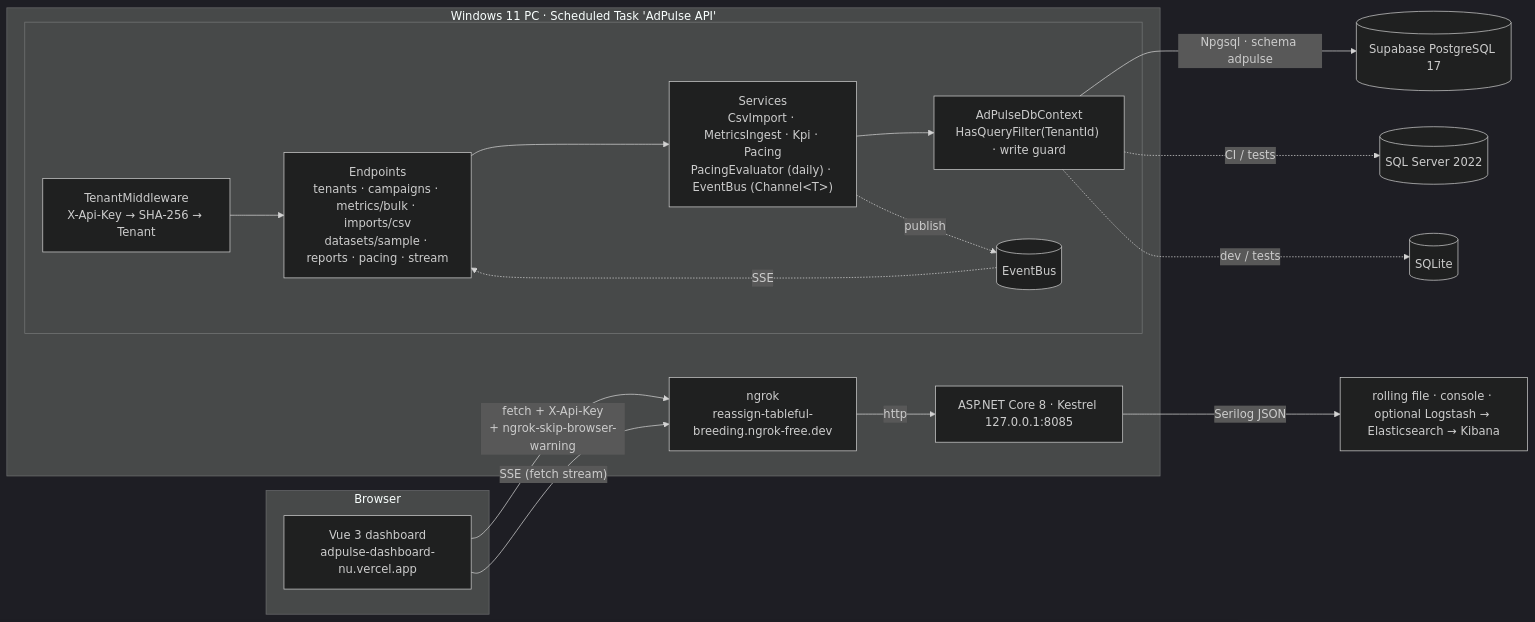
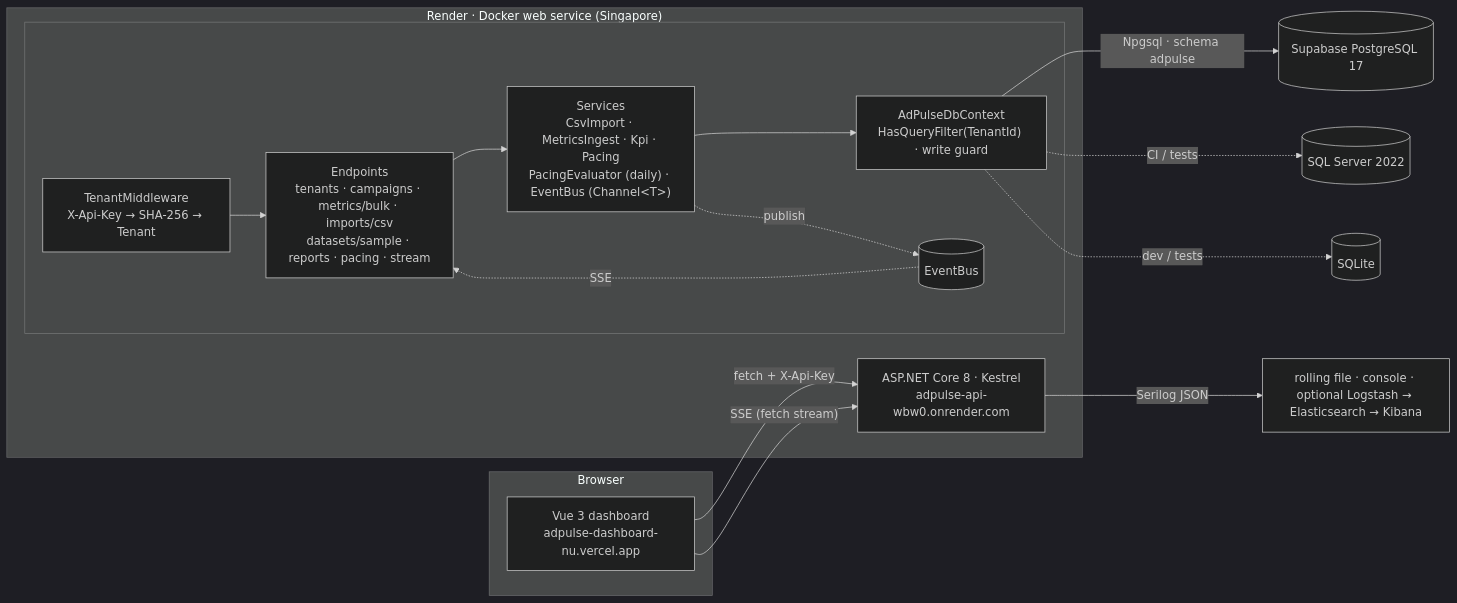
One commit to D-L-Narayana/adpulse changed the diagram in README.md. Above: the diagram before and after it, drawn with Mermaid (dark theme). The commit also changed other lines of this file and 13 other files, not shown here.

Commit message:
Host the API on Render (Docker, auto-deploy, health-checked) instead of a PC + ngrok; render.yaml blueprint, keep-alive workflow, README/web/API cleanup

````diff
--- a/README.md
+++ b/README.md
@@ -108,26 +108,24 @@
 ```mermaid
 flowchart LR
   subgraph Browser
     UI["Vue 3 dashboard<br/>adpulse-dashboard-nu.vercel.app"]
   end
-  subgraph PC["Windows 11 PC · Scheduled Task 'AdPulse API'"]
-    NG["ngrok<br/>reassign-tableful-breeding.ngrok-free.dev"]
-    API["ASP.NET Core 8 · Kestrel 127.0.0.1:8085"]
-    NG -->|http| API
+  subgraph RENDER["Render · Docker web service (Singapore)"]
+    API["ASP.NET Core 8 · Kestrel<br/>adpulse-api-wbw0.onrender.com"]
     subgraph API_in[" "]
       MW["TenantMiddleware<br/>X-Api-Key → SHA-256 → Tenant"]
       EP["Endpoints<br/>tenants · campaigns · metrics/bulk · imports/csv<br/>datasets/sample · reports · pacing · stream"]
       SV["Services<br/>CsvImport · MetricsIngest · Kpi · Pacing<br/>PacingEvaluator (daily) · EventBus (Channel&lt;T&gt;)"]
       DB["AdPulseDbContext<br/>HasQueryFilter(TenantId) · write guard"]
       MW --> EP --> SV --> DB
       SV -. publish .-> BUS[(EventBus)]
       BUS -. SSE .-> EP
     end
   end
-  UI -->|"fetch + X-Api-Key<br/>+ ngrok-skip-browser-warning"| NG
-  UI -->|"SSE (fetch stream)"| NG
+  UI -->|"fetch + X-Api-Key"| API
+  UI -->|"SSE (fetch stream)"| API
   DB -->|Npgsql · schema adpulse| PG[("Supabase PostgreSQL 17")]
   DB -.->|CI / tests| MS[("SQL Server 2022")]
   DB -.->|dev / tests| SQ[("SQLite")]
   API -->|Serilog JSON| LOG["rolling file · console · optional Logstash → Elasticsearch → Kibana"]
 ```
````
